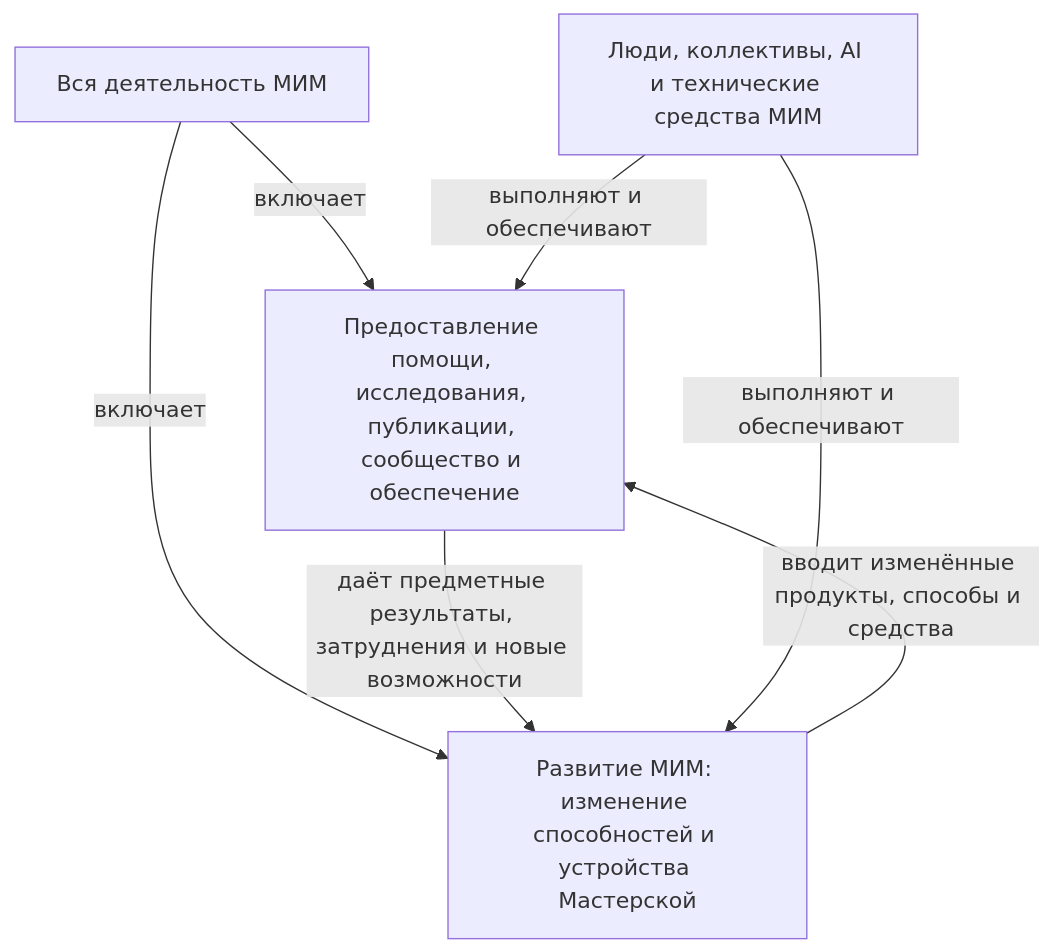
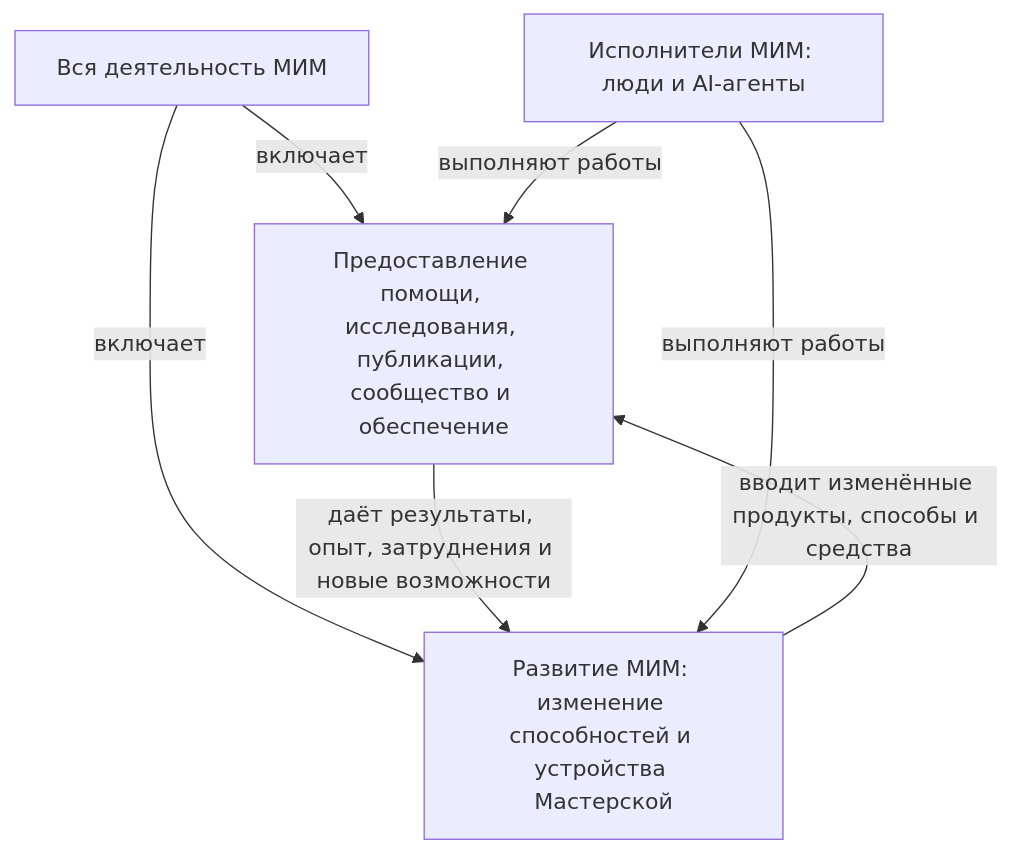
The diagram in MIMDEV52-mim-development-architecture.md (MimEcoSys/mim-strategy), drawn with Mermaid before and after one commit. The commit also changed other lines of this file and 12 other files, not shown here.

````diff
--- a/MIMDEV52-mim-development-architecture.md
+++ b/MIMDEV52-mim-development-architecture.md
@@ -11,9 +12,9 @@
 ```mermaid
 flowchart TB
     M["Вся деятельность МИМ"] -->|включает| O["Предоставление помощи, исследования, публикации, сообщество и обеспечение"]
     M -->|включает| D["Развитие МИМ: изменение способностей и устройства Мастерской"]
     D -->|вводит изменённые продукты, способы и средства| O
-    O -->|даёт предметные результаты, затруднения и новые возможности| D
-    P["Люди, коллективы, AI и технические средства МИМ"] -->|выполняют и обеспечивают| O
-    P -->|выполняют и обеспечивают| D
+    O -->|даёт результаты, опыт, затруднения и новые возможности| D
+    P["Исполнители МИМ: люди и AI-агенты"] -->|выполняют работы| O
+    P -->|выполняют работы| D
 ```
````
